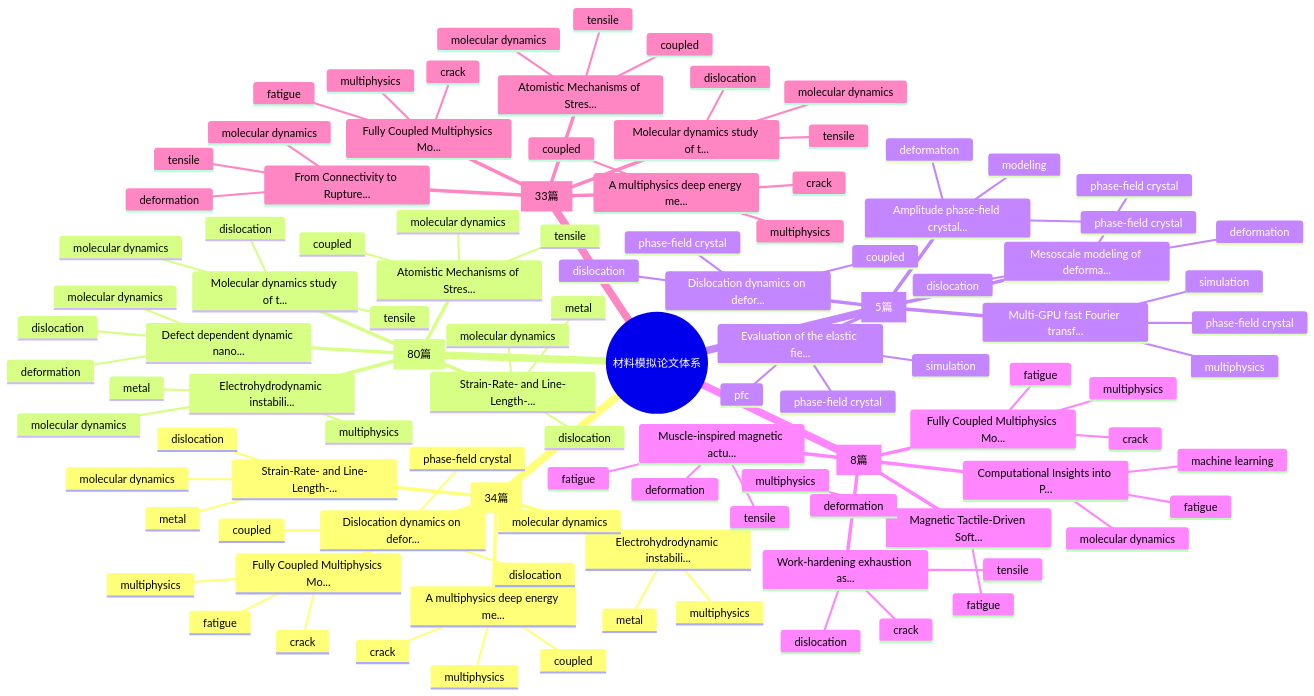
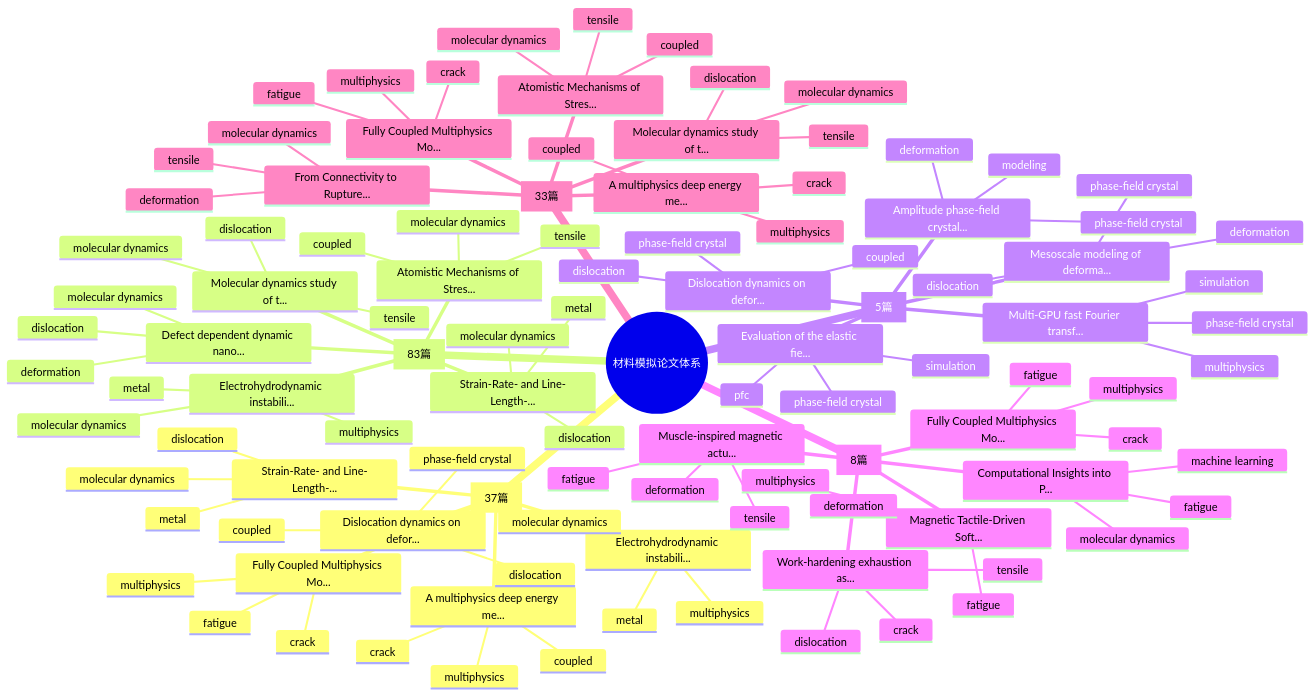
One commit to Shirakawa11111/BJK_readpaper changed the first of 2 diagrams in README.md. Above: the diagram before and after it, drawn with Mermaid. The commit also changed other lines of this file and 11 other files, not shown here.

````diff
--- a/README.md
+++ b/README.md
@@ -94,7 +94,7 @@
 ```mermaid
 mindmap
   root((材料模拟论文体系))
-    Multiphysics Coupling [34篇]
+    Multiphysics Coupling [37篇]
       Fully Coupled Multiphysics Mo...
         fatigue
         multiphysics
@@ -115,7 +115,7 @@
         molecular dynamics
         dislocation
         metal
-    Molecular Dynamics [80篇]
+    Molecular Dynamics [83篇]
       Molecular dynamics study of t...
         molecular dynamics
         dislocation
````
